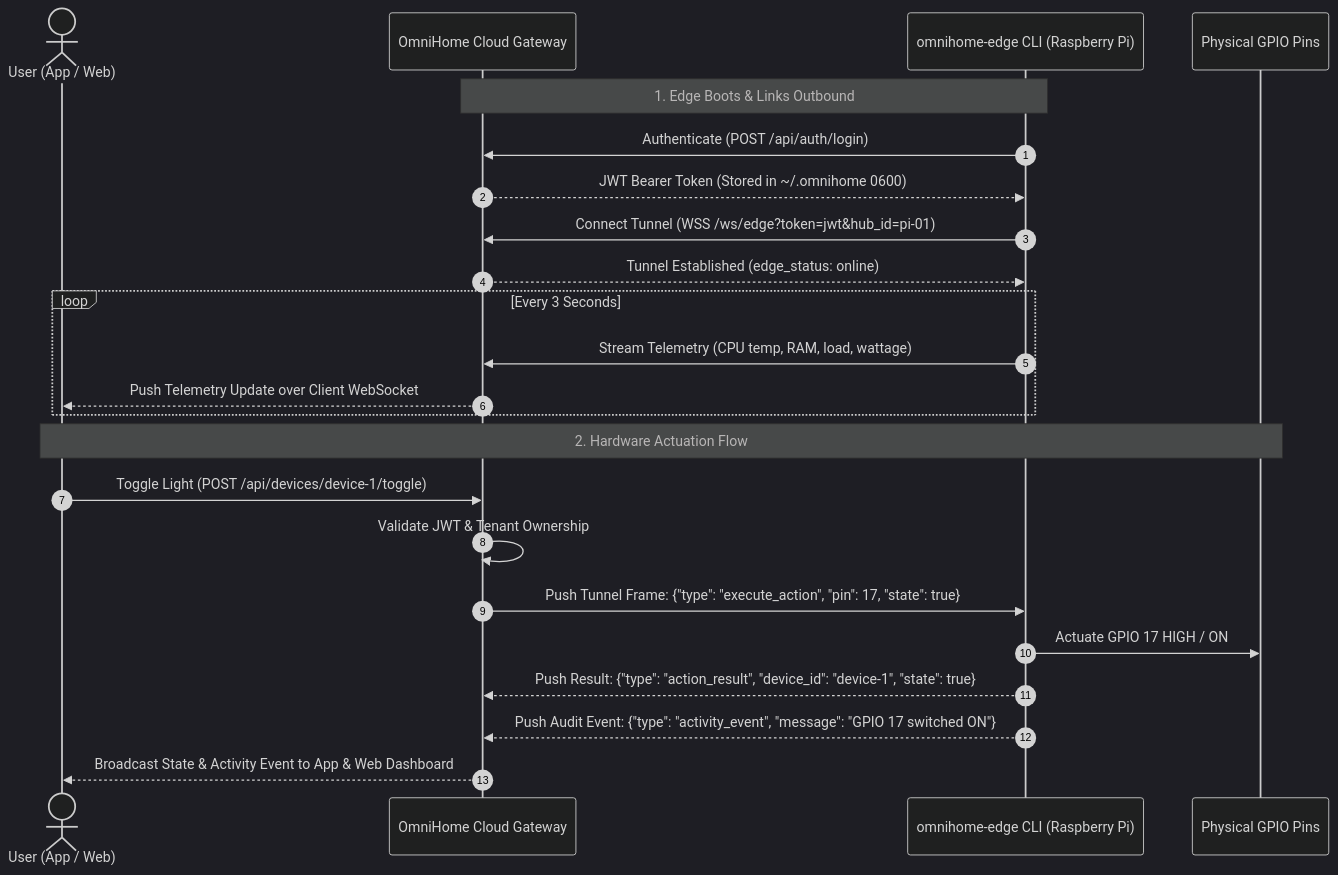
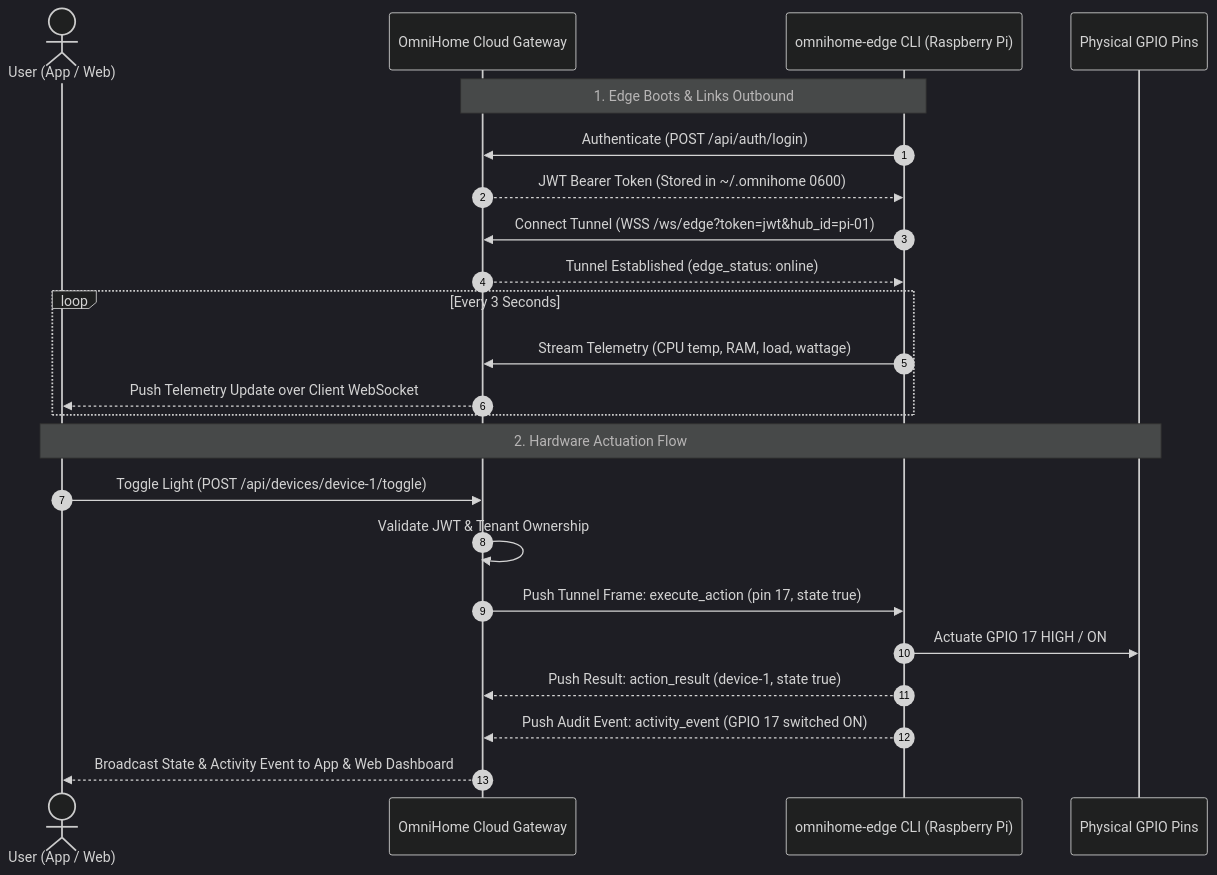
The second of 2 diagrams in README.md (starfreck/Py-Home-Automation), drawn with Mermaid (dark theme) before and after one commit. The commit also changed other lines of this file, not shown here.

Commit message:
fix(docs): resolve mermaid parse error by sanitizing link labels and flowchart syntax

````diff
--- a/README.md
+++ b/README.md
@@ -94,28 +94,28 @@
 ```mermaid
 sequenceDiagram
     autonumber
     actor Tenant as User (App / Web)
     participant Cloud as OmniHome Cloud Gateway
     participant Edge as omnihome-edge CLI (Raspberry Pi)
     participant GPIO as Physical GPIO Pins
 
     Note over Edge, Cloud: 1. Edge Boots & Links Outbound
     Edge->>Cloud: Authenticate (POST /api/auth/login)
     Cloud-->>Edge: JWT Bearer Token (Stored in ~/.omnihome 0600)
     Edge->>Cloud: Connect Tunnel (WSS /ws/edge?token=jwt&hub_id=pi-01)
     Cloud-->>Edge: Tunnel Established (edge_status: online)
     
     loop Every 3 Seconds
         Edge->>Cloud: Stream Telemetry (CPU temp, RAM, load, wattage)
         Cloud-->>Tenant: Push Telemetry Update over Client WebSocket
     end
 
     Note over Tenant, GPIO: 2. Hardware Actuation Flow
     Tenant->>Cloud: Toggle Light (POST /api/devices/device-1/toggle)
     Cloud->>Cloud: Validate JWT & Tenant Ownership
-    Cloud->>Edge: Push Tunnel Frame: {"type": "execute_action", "pin": 17, "state": true}
+    Cloud->>Edge: Push Tunnel Frame: execute_action (pin 17, state true)
     Edge->>GPIO: Actuate GPIO 17 HIGH / ON
-    Edge-->>Cloud: Push Result: {"type": "action_result", "device_id": "device-1", "state": true}
-    Edge-->>Cloud: Push Audit Event: {"type": "activity_event", "message": "GPIO 17 switched ON"}
+    Edge-->>Cloud: Push Result: action_result (device-1, state true)
+    Edge-->>Cloud: Push Audit Event: activity_event (GPIO 17 switched ON)
     Cloud-->>Tenant: Broadcast State & Activity Event to App & Web Dashboard
 ```
````
